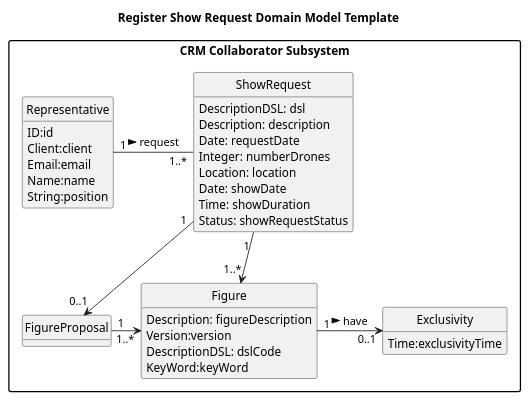
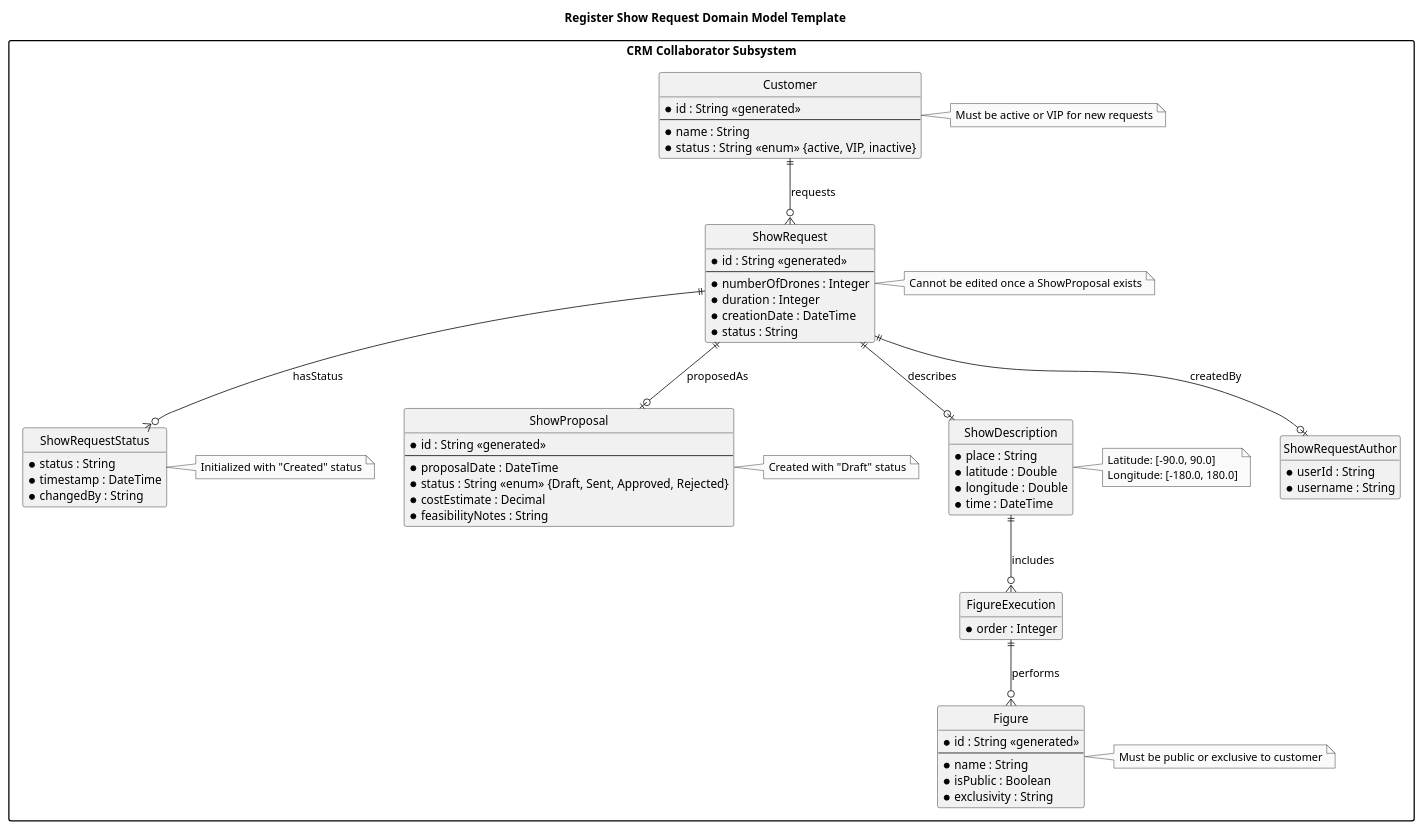
The diagram in docs/planning/sprint2/EAPLI/US230 -  Register Show request/02.analysis/puml/us230-domain-model.puml (SAEmanuel/Shodrone_ISEP), drawn with PlantUML before and after one commit. The commit also changed other lines of this file and 3 other files, not shown here.

Commit message:
[US235 - Design - Issue #1/#4/#13] Design US235 sequence diagram updated with all steps for implementation

```diff
--- a/docs/planning/sprint2/EAPLI/US230 -  Register Show request/02.analysis/puml/us230-domain-model.puml
+++ b/docs/planning/sprint2/EAPLI/US230 -  Register Show request/02.analysis/puml/us230-domain-model.puml
@@ -1,55 +1,88 @@
 @startuml
 
 skinparam monochrome true
 skinparam packageStyle rectangle
 skinparam shadowing false
 
 title Register Show Request Domain Model Template
 
 hide circles
 hide methods
 
 package "CRM Collaborator Subsystem" {
 
-    class Representative {
-    ID:id
-    Client:client
-    Email:email
-    Name:name
-    String:position
+    entity "Customer" as Customer {
+      * id : String <<generated>>
+      --
+      * name : String
+      * status : String <<enum>> {active, VIP, inactive}
     }
 
-    class ShowRequest {
-        DescriptionDSL: dsl
-        Description: description
-        Date: requestDate
-        Integer: numberDrones
-        Location: location
-        Date: showDate
-        Time: showDuration
-        Status: showRequestStatus
+    entity "ShowRequest" as ShowRequest {
+      * id : String <<generated>>
+      --
+      * numberOfDrones : Integer
+      * duration : Integer
+      * creationDate : DateTime
+      * status : String
     }
 
-    class FigureProposal {
+    entity "ShowProposal" as ShowProposal {
+      * id : String <<generated>>
+      --
+      * proposalDate : DateTime
+      * status : String <<enum>> {Draft, Sent, Approved, Rejected}
+      * costEstimate : Decimal
+      * feasibilityNotes : String
     }
 
-    class Figure {
-       Description: figureDescription
-       Version:version
-       DescriptionDSL: dslCode
-       KeyWord:keyWord
+    entity "ShowDescription" as ShowDescription {
+      * place : String
+      * latitude : Double
+      * longitude : Double
+      * time : DateTime
     }
 
-    class Exclusivity {
-        Time:exclusivityTime
+    entity "FigureExecution" as FigureExecution {
+      * order : Integer
     }
 
-    Representative "1" - "1..*" ShowRequest : request >
-    ShowRequest "1 " -> "1..*" Figure
-    ShowRequest "1" --> "0..1" FigureProposal
-    FigureProposal "1   " -> "  1..*" Figure
-    Figure "1" -> "0..1" Exclusivity : have >
+    entity "Figure" as Figure {
+      * id : String <<generated>>
+      --
+      * name : String
+      * isPublic : Boolean
+      * exclusivity : String
+    }
+
+    entity "ShowRequestAuthor" as ShowRequestAuthor {
+      * userId : String
+      * username : String
+    }
+
+    entity "ShowRequestStatus" as ShowRequestStatus {
+      * status : String
+      * timestamp : DateTime
+      * changedBy : String
+    }
+
+    ' Relationships
+    Customer ||--o{ ShowRequest : requests
+    ShowRequest ||--o| ShowDescription : describes
+    ShowDescription ||--o{ FigureExecution : includes
+    FigureExecution ||--o{ Figure : performs
+    ShowRequest ||--o| ShowRequestAuthor : createdBy
+    ShowRequest ||--o{ ShowRequestStatus : hasStatus
+    ShowRequest ||--o| ShowProposal : proposedAs
+
+    ' Notes on constraints
+    note right of Customer: Must be active or VIP for new requests
+    note right of Figure: Must be public or exclusive to customer
+    note right of ShowRequestStatus: Initialized with "Created" status
+    note right of ShowProposal: Created with "Draft" status
+    note right of ShowRequest: Cannot be edited once a ShowProposal exists
+    note right of ShowDescription: Latitude: [-90.0, 90.0]\nLongitude: [-180.0, 180.0]
 
 }
 
 @enduml
```
